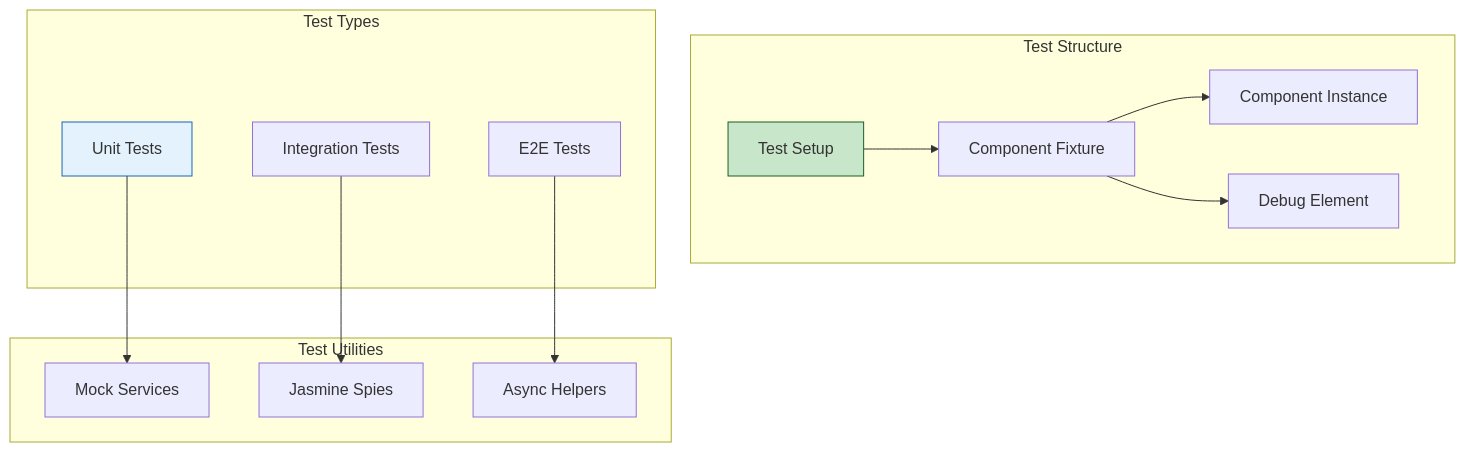
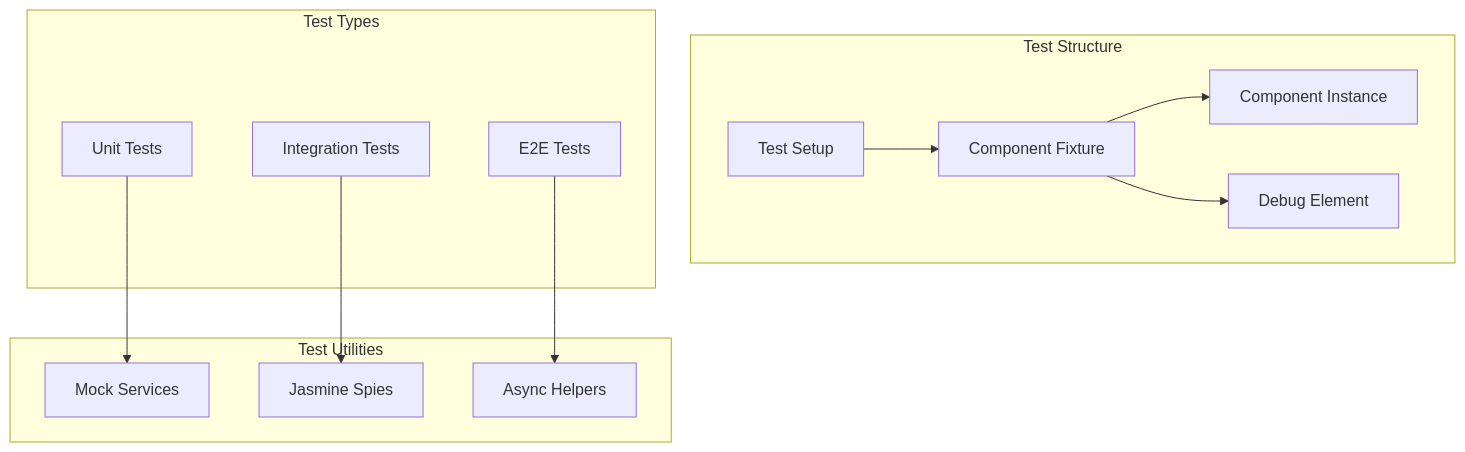
Before and after one commit to o2alexanderfedin/angular-cas-disot: diagram 13 of 13 in docs/architecture/component-architecture.md, drawn with Mermaid. The commit also changed other lines of this file and 18 other files, not shown here.

````diff
--- a/docs/architecture/component-architecture.md
+++ b/docs/architecture/component-architecture.md
@@ -419,32 +416,32 @@
 ```mermaid
 graph TD
     subgraph "Test Structure"
         SETUP[Test Setup]
         FIXTURE[Component Fixture]
         INSTANCE[Component Instance]
         DEBUG[Debug Element]
     end
     
     subgraph "Test Types"
         UNIT[Unit Tests]
         INTEGRATION[Integration Tests]
         E2E[E2E Tests]
     end
     
     subgraph "Test Utilities"
         MOCK[Mock Services]
         SPY[Jasmine Spies]
         ASYNC[Async Helpers]
     end
     
     SETUP --> FIXTURE
     FIXTURE --> INSTANCE
     FIXTURE --> DEBUG
     
     UNIT --> MOCK
     INTEGRATION --> SPY
     E2E --> ASYNC
     
-    style SETUP fill:#c8e6c9,stroke:#1b5e20
-    style UNIT fill:#e3f2fd,stroke:#1565c0
+    
+    
 ```
````
